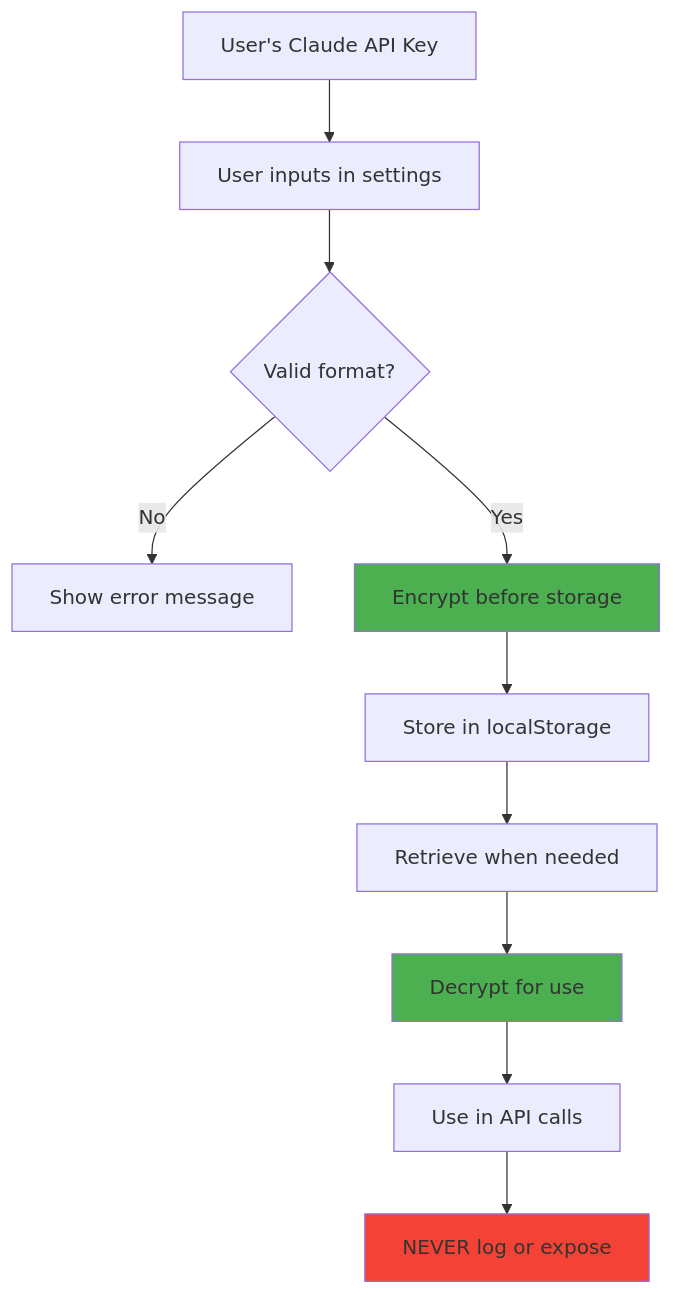
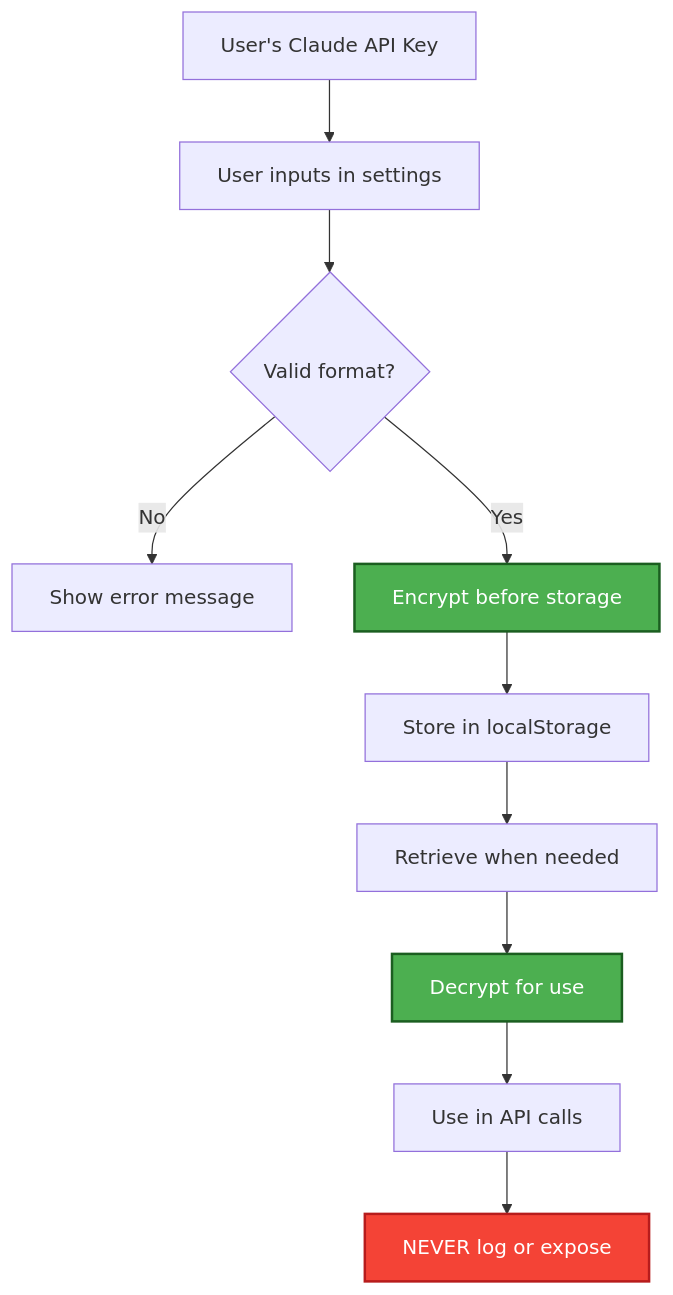
One commit to HemanK/ai-demos changed the tenth of 13 diagrams in claude-code/family-todo-app/docs/ARCHITECTURE.md. Above: the diagram before and after it, drawn with Mermaid. The commit also changed other lines of this file, not shown here.

First line of the commit message:
Checkpoint 2: Fix ARCHITECTURE.md accessibility and clarifications

````diff
--- a/claude-code/family-todo-app/docs/ARCHITECTURE.md
+++ b/claude-code/family-todo-app/docs/ARCHITECTURE.md
@@ -1501,20 +1504,20 @@
 ```mermaid
 graph TD
     APIKey[User's Claude API Key] --> Input[User inputs in settings]
     Input --> Validation{Valid format?}
 
     Validation -->|No| Error[Show error message]
     Validation -->|Yes| Encrypt[Encrypt before storage]
 
     Encrypt --> LocalStorage[Store in localStorage]
 
     LocalStorage --> Retrieve[Retrieve when needed]
     Retrieve --> Decrypt[Decrypt for use]
     Decrypt --> APICall[Use in API calls]
 
     APICall --> Never[NEVER log or expose]
 
-    style Encrypt fill:#4caf50
-    style Decrypt fill:#4caf50
-    style Never fill:#f44336
+    style Encrypt fill:#4caf50,stroke:#1b5e20,stroke-width:2px,color:#fff
+    style Decrypt fill:#4caf50,stroke:#1b5e20,stroke-width:2px,color:#fff
+    style Never fill:#f44336,stroke:#b71c1c,stroke-width:2px,color:#fff
 ```
````
